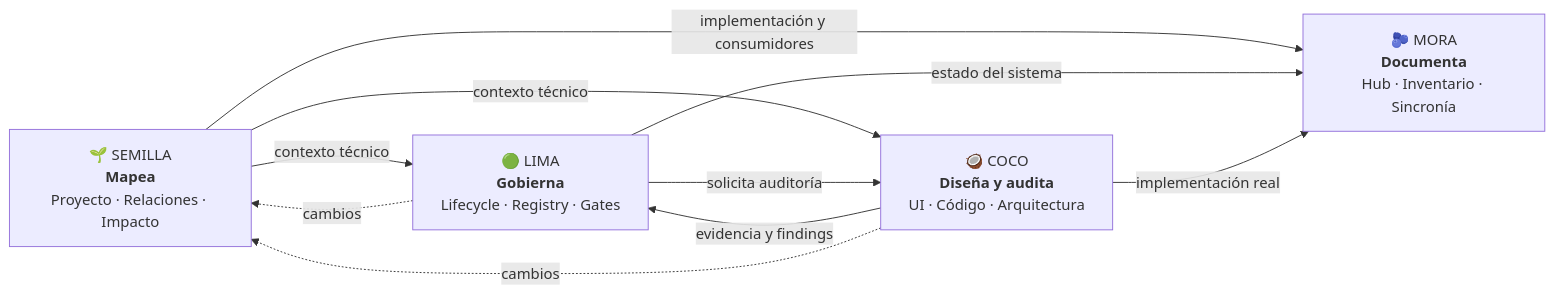
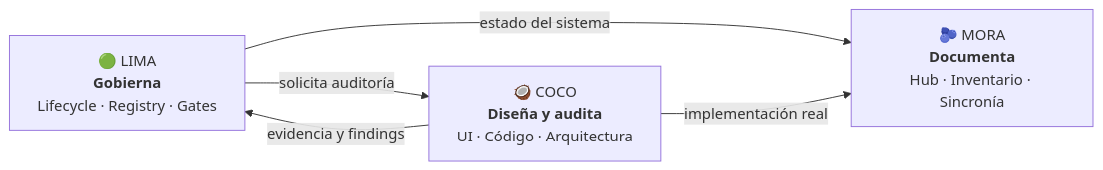
The first of 2 diagrams in README.md (kevinedgm/fruti-squad), drawn with Mermaid before and after one commit. The commit also changed other lines of this file and 13 other files, not shown here.

````diff
--- a/README.md
+++ b/README.md
@@ -62,17 +62,11 @@
 ```mermaid
 flowchart LR
-    S["🌱 SEMILLA<br/><b>Mapea</b><br/>Proyecto · Relaciones · Impacto"]
     L["🟢 LIMA<br/><b>Gobierna</b><br/>Lifecycle · Registry · Gates"]
     C["🥥 COCO<br/><b>Diseña y audita</b><br/>UI · Código · Arquitectura"]
     M["🫐 MORA<br/><b>Documenta</b><br/>Hub · Inventario · Sincronía"]
 
-    S -->|"contexto técnico"| L
-    S -->|"contexto técnico"| C
-    S -->|"implementación y consumidores"| M
     L -->|"solicita auditoría"| C
     C -->|"evidencia y findings"| L
     L -->|"estado del sistema"| M
     C -->|"implementación real"| M
-    C -.->|"cambios"| S
-    L -.->|"cambios"| S
 ```
````
